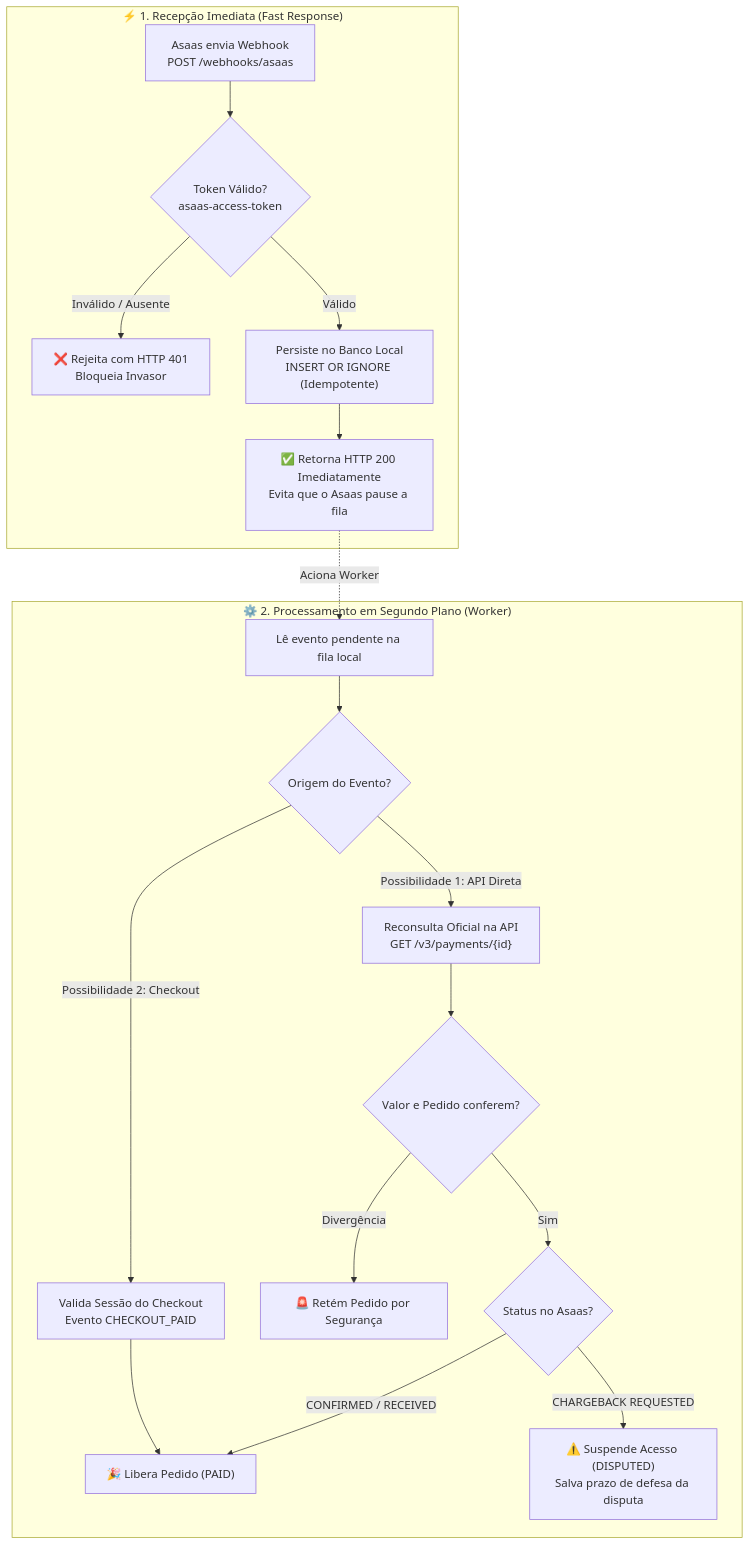
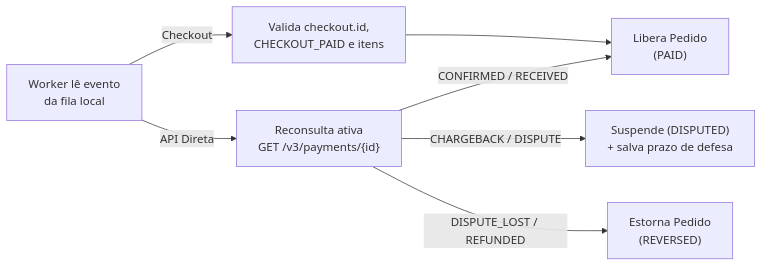
Before and after one commit to vitorszvr/asaas-exx: the fifth of 5 diagrams in apresentacao_solucao_asaas.md, drawn with Mermaid. The commit also changed other lines of this file and 9 other files, not shown here.

Commit message:
fix: alinha apresentacao e exemplo de integracao com a doc oficial do Asaas

````diff
--- a/apresentacao_solucao_asaas.md
+++ b/apresentacao_solucao_asaas.md
@@ -148,24 +145,10 @@
 ```mermaid
-flowchart TD
-    subgraph Sincrono ["⚡ 1. Recepção Imediata (Fast Response)"]
-        A["Asaas envia Webhook<br/>POST /webhooks/asaas"] --> B{"Token Válido?<br/>asaas-access-token"}
-        B -->|Inválido / Ausente| C["❌ Rejeita com HTTP 401<br/>Bloqueia Invasor"]
-        B -->|Válido| D["Persiste no Banco Local<br/>INSERT OR IGNORE (Idempotente)"]
-        D --> E["✅ Retorna HTTP 200 Imediatamente<br/>Evita que o Asaas pause a fila"]
-    end
+flowchart LR
+    W2_Fila["Worker lê evento<br/>da fila local"] -->|Checkout| W2_Ck["Valida checkout.id,<br/>CHECKOUT_PAID e itens"]
+    W2_Fila -->|API Direta| W2_Api["Reconsulta ativa<br/>GET /v3/payments/{id}"]
 
-    subgraph Assincrono ["⚙️ 2. Processamento em Segundo Plano (Worker)"]
-        E -.->|Aciona Worker| F["Lê evento pendente na fila local"]
-        F --> G{Origem do Evento?}
-
-        G -->|Possibilidade 1: API Direta| H["Reconsulta Oficial na API<br/>GET /v3/payments/{id}"]
-        H --> I{"Valor e Pedido conferem?"}
-        I -->|Sim| J{Status no Asaas?}
-        J -->|CONFIRMED / RECEIVED| K["🎉 Libera Pedido (PAID)"]
-        J -->|CHARGEBACK REQUESTED| L["⚠️ Suspende Acesso (DISPUTED)<br/>Salva prazo de defesa da disputa"]
-        I -->|Divergência| M["🚨 Retém Pedido por Segurança"]
-
-        G -->|Possibilidade 2: Checkout| N["Valida Sessão do Checkout<br/>Evento CHECKOUT_PAID"]
-        N --> K
-    end
+    W2_Ck --> W2_Paid["Libera Pedido<br/>(PAID)"]
+    W2_Api -->|CONFIRMED / RECEIVED| W2_Paid
+    W2_Api -->|CHARGEBACK / DISPUTE| W2_Disp["Suspende (DISPUTED)<br/>+ salva prazo de defesa"]
+    W2_Api -->|DISPUTE_LOST / REFUNDED| W2_Rev["Estorna Pedido<br/>(REVERSED)"]
 ```
````
